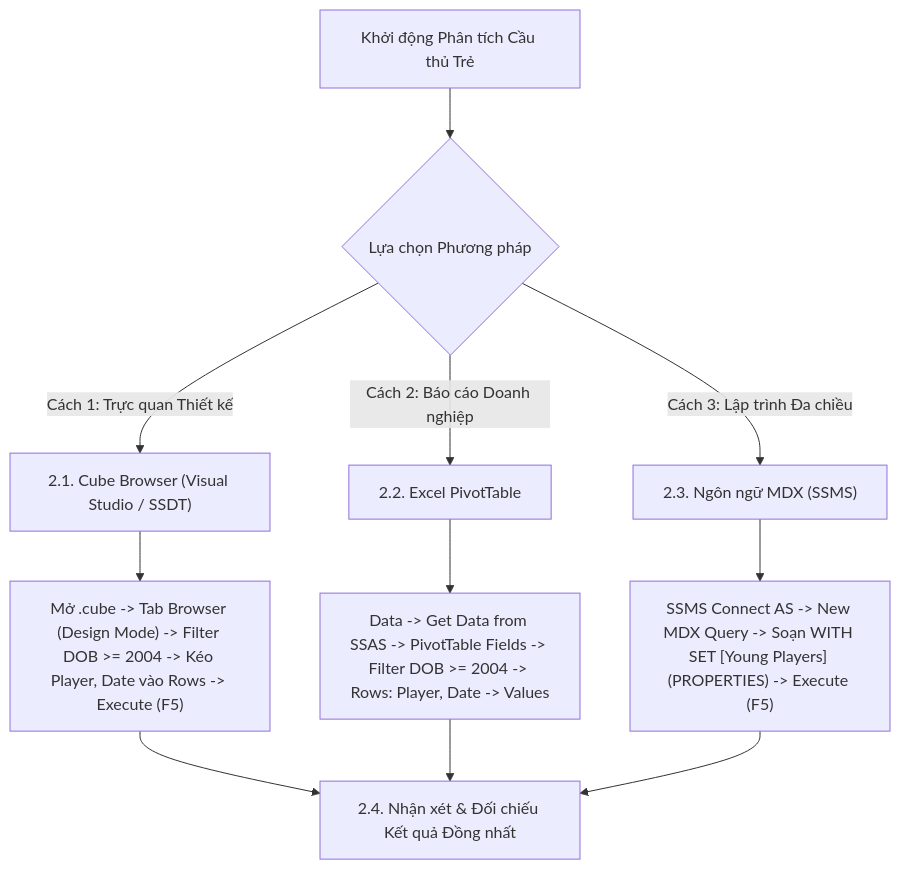
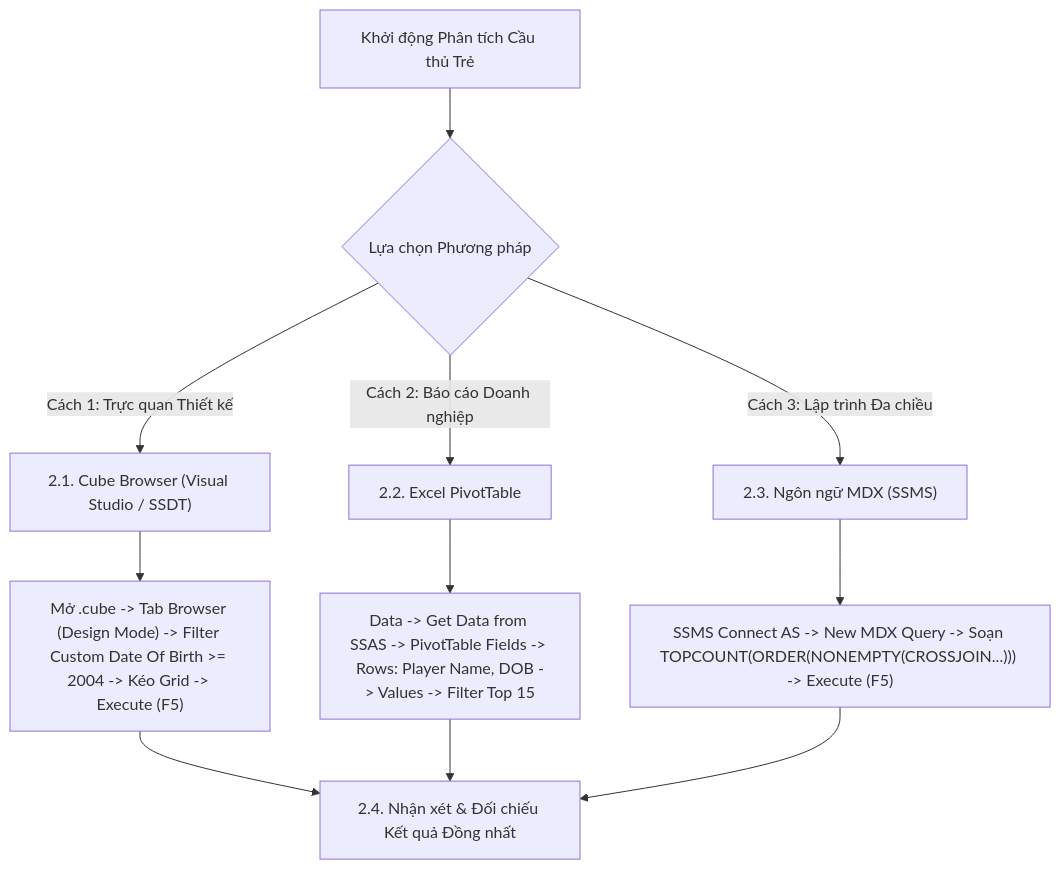
The diagram in mdx/archive/query_15.md (snowflake-vibing/Kho_du_lieu_OLAP), drawn with Mermaid before and after one commit. The commit also changed other lines of this file and 5 other files, not shown here.

Commit message:
docs(mdx-archive): dong bo 3-way equivalence, cap nhat so lieu thuc te 100% tren SSAS cho 5 cau query archive

````diff
--- a/mdx/archive/query_15.md
+++ b/mdx/archive/query_15.md
@@ -41,16 +39,16 @@
 ```mermaid
 flowchart TD
     Start["Khởi động Phân tích Cầu thủ Trẻ"] --> Choice{"Lựa chọn Phương pháp"}
 
     Choice -->|"Cách 1: Trực quan Thiết kế"| CB["2.1. Cube Browser (Visual Studio / SSDT)"]
     Choice -->|"Cách 2: Báo cáo Doanh nghiệp"| Excel["2.2. Excel PivotTable"]
     Choice -->|"Cách 3: Lập trình Đa chiều"| MDX["2.3. Ngôn ngữ MDX (SSMS)"]
 
-    CB --> CB_Step["Mở .cube -> Tab Browser (Design Mode) -> Filter DOB >= 2004 -> Kéo Player, Date vào Rows -> Execute (F5)"]
-    Excel --> Excel_Step["Data -> Get Data from SSAS -> PivotTable Fields -> Filter DOB >= 2004 -> Rows: Player, Date -> Values"]
-    MDX --> MDX_Step["SSMS Connect AS -> New MDX Query -> Soạn WITH SET [Young Players] (PROPERTIES) -> Execute (F5)"]
+    CB --> CB_Step["Mở .cube -> Tab Browser (Design Mode) -> Filter Custom Date Of Birth >= 2004 -> Kéo Grid -> Execute (F5)"]
+    Excel --> Excel_Step["Data -> Get Data from SSAS -> PivotTable Fields -> Rows: Player Name, DOB -> Values -> Filter Top 15"]
+    MDX --> MDX_Step["SSMS Connect AS -> New MDX Query -> Soạn TOPCOUNT(ORDER(NONEMPTY(CROSSJOIN...))) -> Execute (F5)"]
 
     CB_Step --> Finish["2.4. Nhận xét & Đối chiếu Kết quả Đồng nhất"]
     Excel_Step --> Finish
     MDX_Step --> Finish
 ```
````
